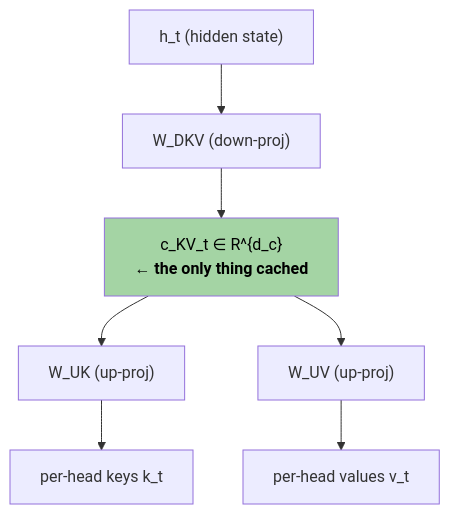
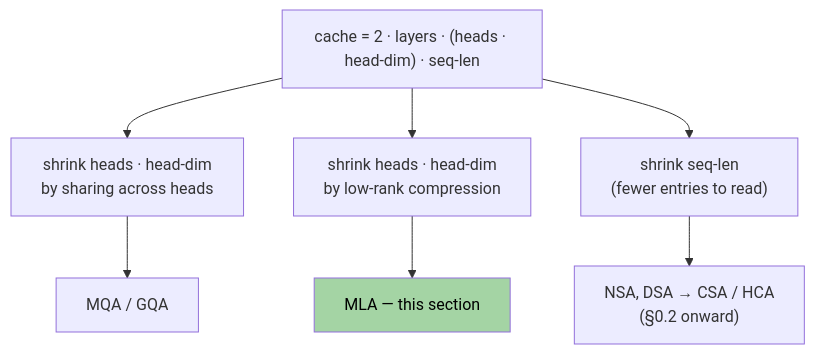
Before and after one commit to abhishek-patnia-nu/apatnia-paper-reader: the first of 2 diagrams in deepseek-v4-attention/section_0_1_mla.md, drawn with Mermaid. The commit also changed other lines of this file, not shown here.

````diff
--- a/deepseek-v4-attention/section_0_1_mla.md
+++ b/deepseek-v4-attention/section_0_1_mla.md
@@ -124,10 +67,11 @@
 ```mermaid
 flowchart TB
-    h["h_t (hidden state)"] --> dkv["W_DKV (down-proj)"]
-    dkv --> c["c_KV_t  ∈ R^{d_c}<br/><b>← the only thing cached</b>"]
-    c --> uk["W_UK (up-proj)"]
-    c --> uv["W_UV (up-proj)"]
-    uk --> k["per-head keys k_t"]
-    uv --> v["per-head values v_t"]
-    style c fill:#a4d4a4,color:#000
+    formula["cache = 2 · layers · (heads · head-dim) · seq-len"]
+    formula --> ax1["shrink heads · head-dim<br/>by sharing across heads"]
+    formula --> ax2["shrink heads · head-dim<br/>by low-rank compression"]
+    formula --> ax3["shrink seq-len<br/>(fewer entries to read)"]
+    ax1 --> mqa["MQA / GQA"]
+    ax2 --> mla["MLA — this section"]
+    ax3 --> nsa["NSA, DSA → CSA / HCA<br/>(§0.2 onward)"]
+    style mla fill:#a4d4a4,color:#000
 ```
````
